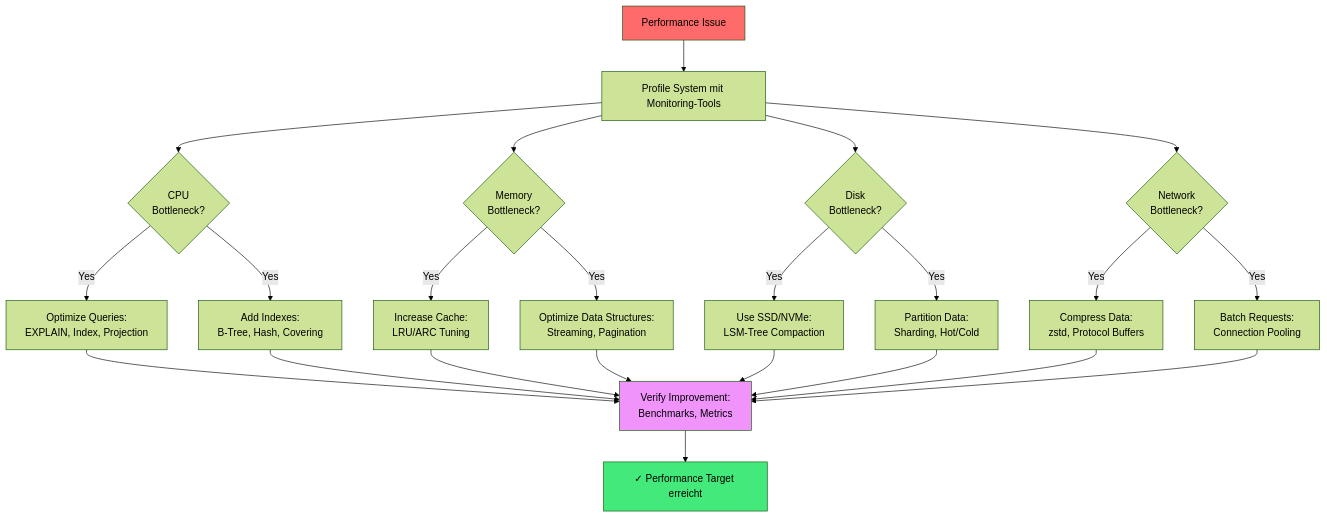
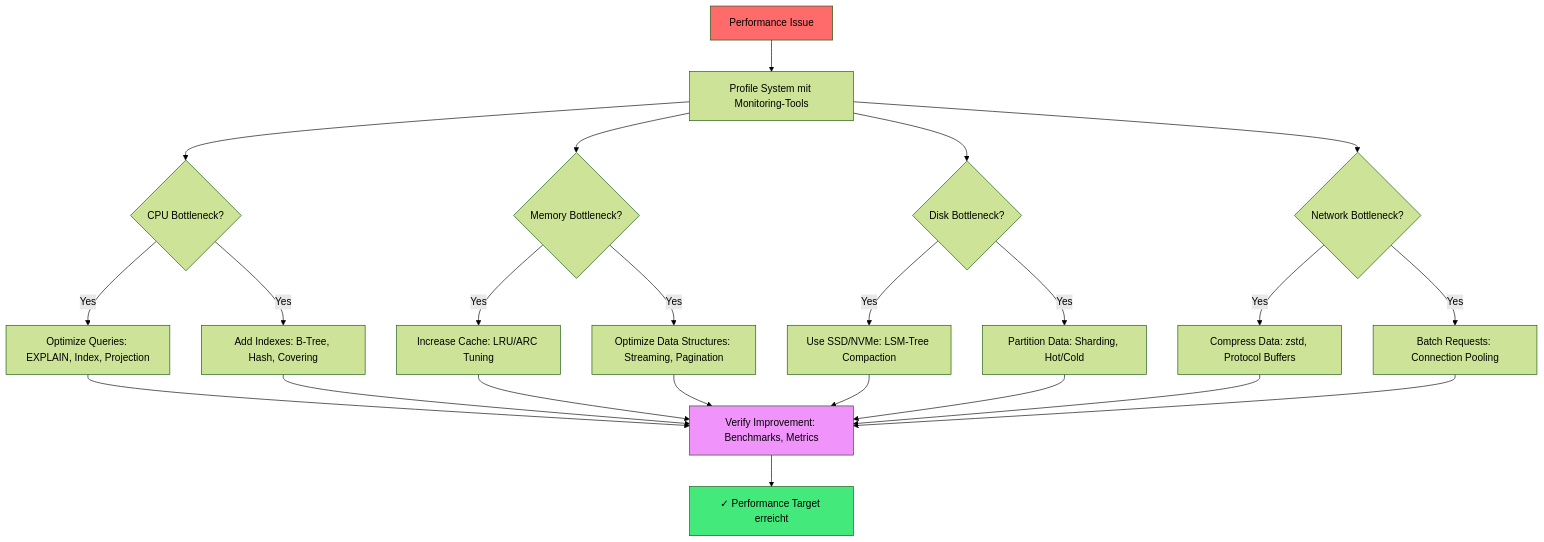
One commit to makr-code/ThemisDB changed the first of 2 diagrams in compendium/docs/chapter_39_performance_tuning_cookbook.md. Above: the diagram before and after it, drawn with Mermaid (forest theme). The commit also changed other lines of this file, not shown here.

Commit message:
Remove all <br> tags from Mermaid diagrams and replace special characters to fix parse errors

````diff
--- a/compendium/docs/chapter_39_performance_tuning_cookbook.md
+++ b/compendium/docs/chapter_39_performance_tuning_cookbook.md
@@ -23,36 +23,36 @@
 ```mermaid
 flowchart TD
     Start[Performance Issue] --> Profile[Profile System mit Monitoring-Tools]
     
-    Profile --> CPU{CPU<br>Bottleneck?}
-    Profile --> Memory{Memory<br>Bottleneck?}
-    Profile --> Disk{Disk<br>Bottleneck?}
-    Profile --> Network{Network<br>Bottleneck?}
+    Profile --> CPU{CPU Bottleneck?}
+    Profile --> Memory{Memory Bottleneck?}
+    Profile --> Disk{Disk Bottleneck?}
+    Profile --> Network{Network Bottleneck?}
     
-    CPU -->|Yes| OptQuery[Optimize Queries:<br>EXPLAIN, Index, Projection]
-    CPU -->|Yes| AddIndex[Add Indexes:<br>B-Tree, Hash, Covering]
+    CPU -->|Yes| OptQuery[Optimize Queries: EXPLAIN, Index, Projection]
+    CPU -->|Yes| AddIndex[Add Indexes: B-Tree, Hash, Covering]
     
-    Memory -->|Yes| IncCache[Increase Cache:<br>LRU/ARC Tuning]
-    Memory -->|Yes| OptDataStruct[Optimize Data Structures:<br>Streaming, Pagination]
+    Memory -->|Yes| IncCache[Increase Cache: LRU/ARC Tuning]
+    Memory -->|Yes| OptDataStruct[Optimize Data Structures: Streaming, Pagination]
     
-    Disk -->|Yes| SSD[Use SSD/NVMe:<br>LSM-Tree Compaction]
-    Disk -->|Yes| Partition[Partition Data:<br>Sharding, Hot/Cold]
+    Disk -->|Yes| SSD[Use SSD/NVMe: LSM-Tree Compaction]
+    Disk -->|Yes| Partition[Partition Data: Sharding, Hot/Cold]
     
-    Network -->|Yes| CompData[Compress Data:<br>zstd, Protocol Buffers]
-    Network -->|Yes| BatchReq[Batch Requests:<br>Connection Pooling]
+    Network -->|Yes| CompData[Compress Data: zstd, Protocol Buffers]
+    Network -->|Yes| BatchReq[Batch Requests: Connection Pooling]
     
-    OptQuery --> Verify[Verify Improvement:<br>Benchmarks, Metrics]
+    OptQuery --> Verify[Verify Improvement: Benchmarks, Metrics]
     AddIndex --> Verify
     IncCache --> Verify
     OptDataStruct --> Verify
     SSD --> Verify
     Partition --> Verify
     CompData --> Verify
     BatchReq --> Verify
     
     Verify --> Done[✓ Performance Target erreicht]
     
     style Start fill:#ff6b6b
     style Verify fill:#f093fb
     style Done fill:#43e97b
 ```
````
